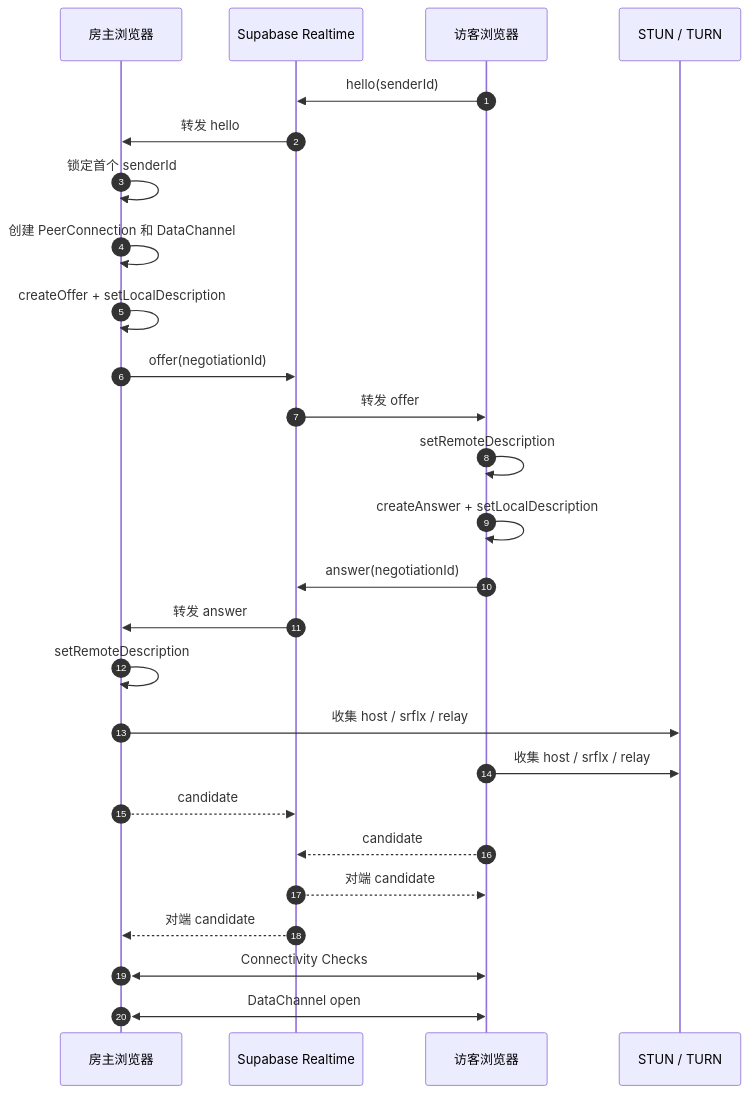
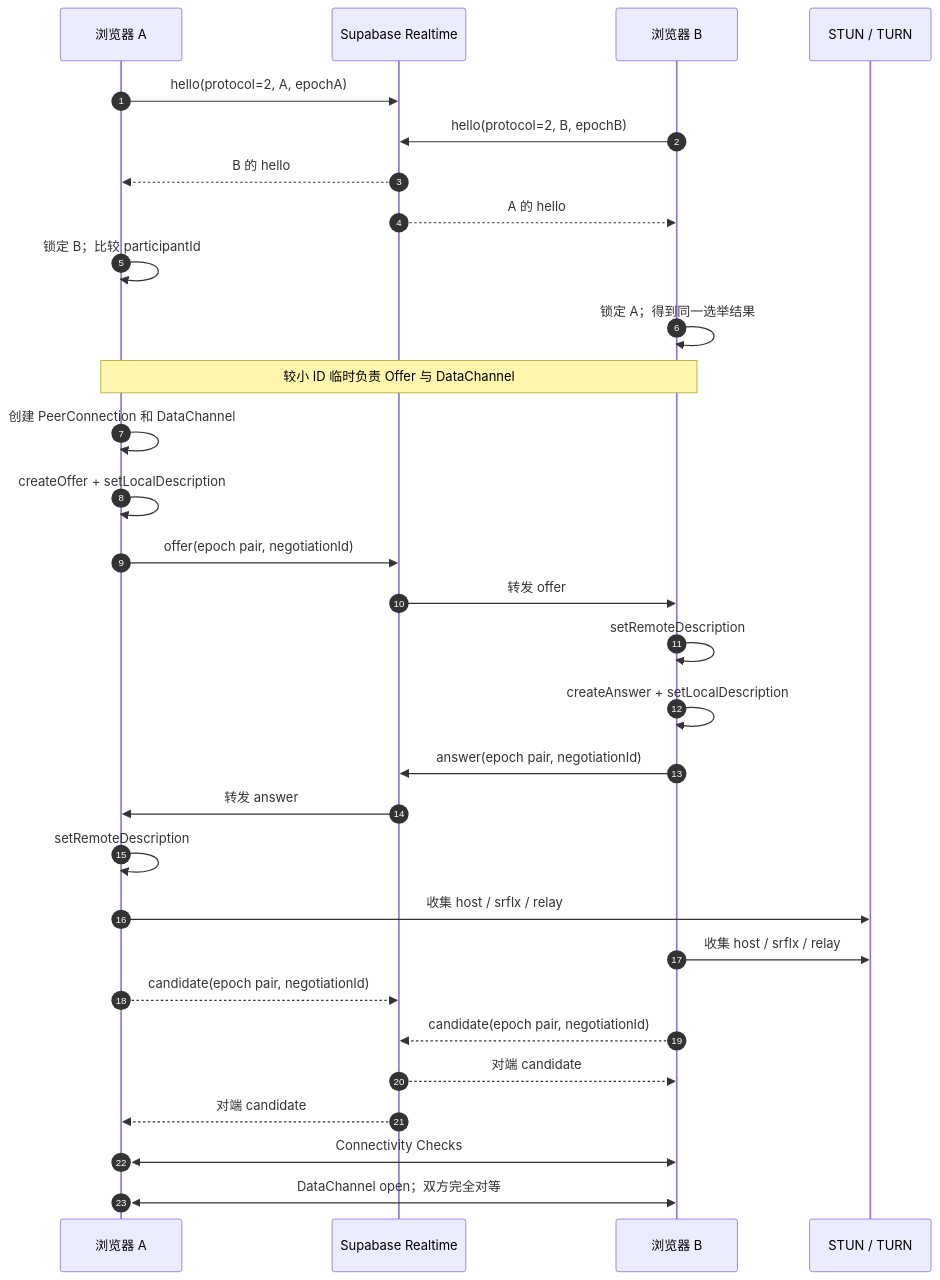
One commit to MarcWebber/p2p-chat changed the second of 7 diagrams in docs/field-guide.md. Above: the diagram before and after it, drawn with Mermaid. The commit also changed other lines of this file and 23 other files, not shown here.

````diff
--- a/docs/field-guide.md
+++ b/docs/field-guide.md
@@ -55,29 +55,33 @@
 ```mermaid
 sequenceDiagram
   autonumber
-  participant H as 房主浏览器
+  participant A as 浏览器 A
   participant S as Supabase Realtime
-  participant G as 访客浏览器
+  participant B as 浏览器 B
   participant I as STUN / TURN
 
-  G->>S: hello(senderId)
-  S->>H: 转发 hello
-  H->>H: 锁定首个 senderId
-  H->>H: 创建 PeerConnection 和 DataChannel
-  H->>H: createOffer + setLocalDescription
-  H->>S: offer(negotiationId)
-  S->>G: 转发 offer
-  G->>G: setRemoteDescription
-  G->>G: createAnswer + setLocalDescription
-  G->>S: answer(negotiationId)
-  S->>H: 转发 answer
-  H->>H: setRemoteDescription
-  H->>I: 收集 host / srflx / relay
-  G->>I: 收集 host / srflx / relay
-  H-->>S: candidate
-  G-->>S: candidate
-  S-->>G: 对端 candidate
-  S-->>H: 对端 candidate
-  H<<->>G: Connectivity Checks
-  H<<->>G: DataChannel open
+  A->>S: hello(protocol=2, A, epochA)
+  B->>S: hello(protocol=2, B, epochB)
+  S-->>A: B 的 hello
+  S-->>B: A 的 hello
+  A->>A: 锁定 B；比较 participantId
+  B->>B: 锁定 A；得到同一选举结果
+  Note over A,B: 较小 ID 临时负责 Offer 与 DataChannel
+  A->>A: 创建 PeerConnection 和 DataChannel
+  A->>A: createOffer + setLocalDescription
+  A->>S: offer(epoch pair, negotiationId)
+  S->>B: 转发 offer
+  B->>B: setRemoteDescription
+  B->>B: createAnswer + setLocalDescription
+  B->>S: answer(epoch pair, negotiationId)
+  S->>A: 转发 answer
+  A->>A: setRemoteDescription
+  A->>I: 收集 host / srflx / relay
+  B->>I: 收集 host / srflx / relay
+  A-->>S: candidate(epoch pair, negotiationId)
+  B-->>S: candidate(epoch pair, negotiationId)
+  S-->>B: 对端 candidate
+  S-->>A: 对端 candidate
+  A<<->>B: Connectivity Checks
+  A<<->>B: DataChannel open；双方完全对等
 ```
````
